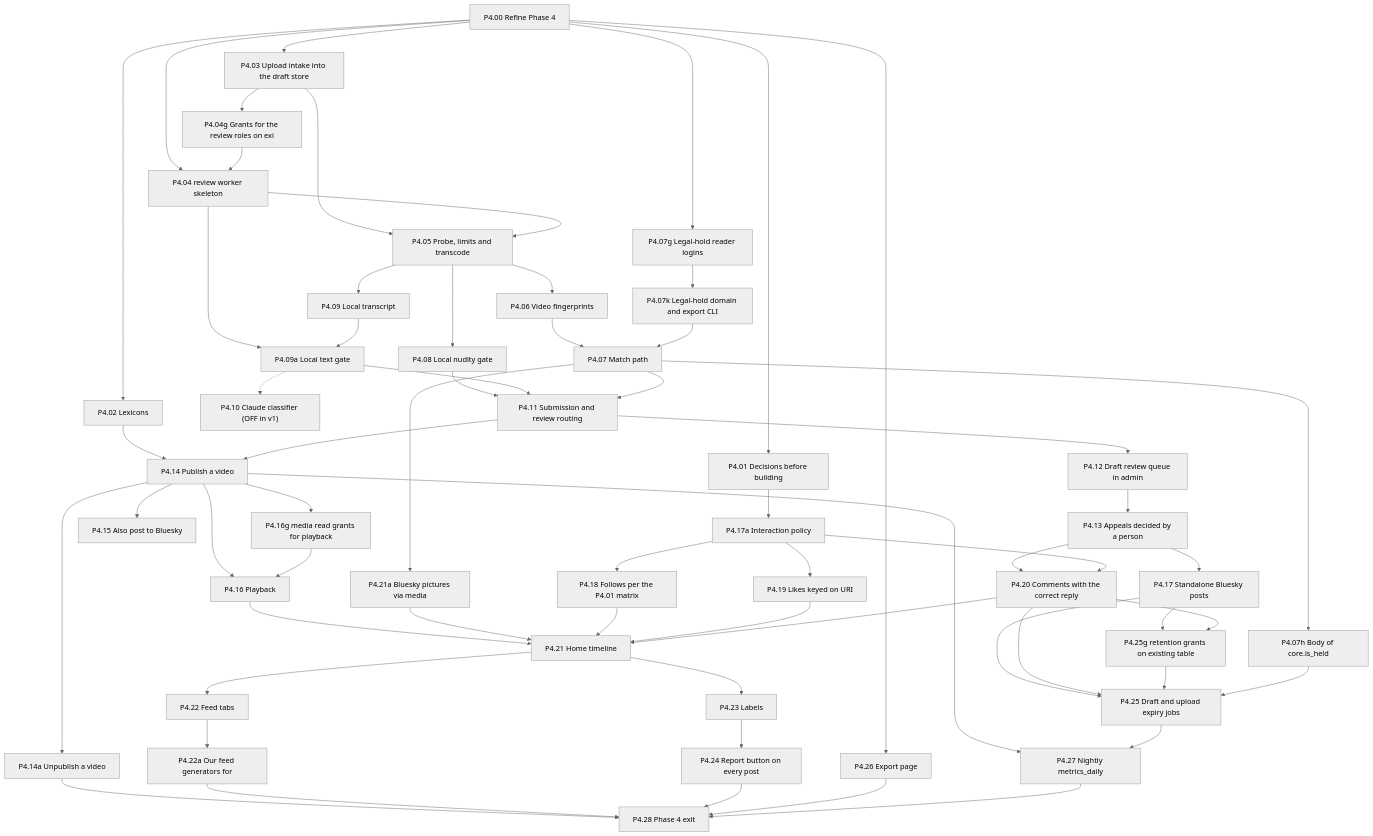
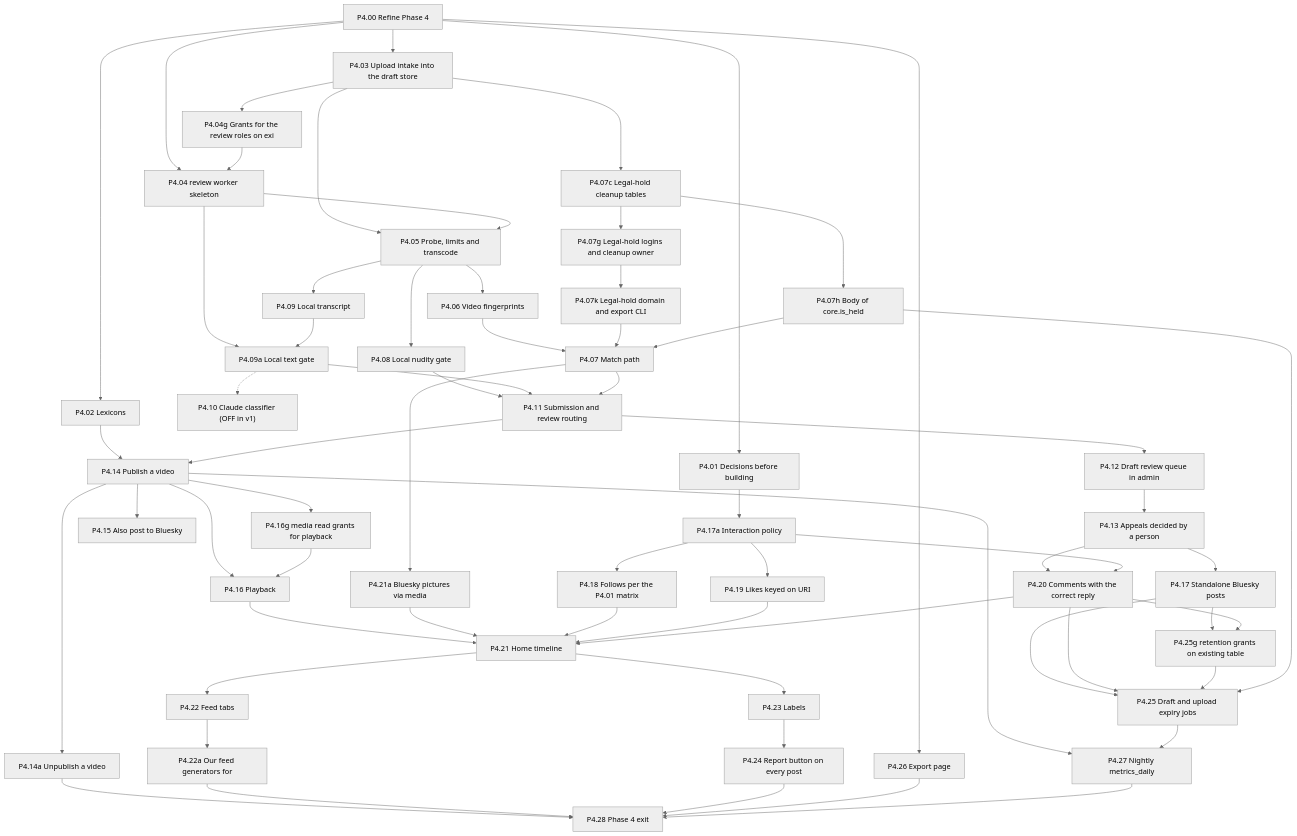
The seventh of 11 diagrams in docs/ai/book/01-outline.md (Undefined6799/unset), drawn with Mermaid (neutral theme) before and after one commit. The commit also changed other lines of this file and 4 other files, not shown here.

Commit message:
P0.09 Book batch 52: legal-hold cleanup split (P4.07c) (#824)

````diff
--- a/docs/ai/book/01-outline.md
+++ b/docs/ai/book/01-outline.md
@@ -1476,7 +1481,8 @@
   P4_06["P4.06 Video fingerprints"]
   P4_07["P4.07 Match path"]
   P4_07h["P4.07h Body of core.is_held"]
-  P4_07g["P4.07g Legal-hold reader logins"]
+  P4_07c["P4.07c Legal-hold cleanup tables"]
+  P4_07g["P4.07g Legal-hold logins and cleanup owner"]
   P4_07k["P4.07k Legal-hold domain and export CLI"]
   P4_08["P4.08 Local nudity gate"]
   P4_09["P4.09 Local transcript"]
@@ -1557,7 +1563,6 @@
   P4_27 --> P4_28
   P4_03 --> P4_04g
   P4_04g --> P4_04
-  P4_00 --> P4_07g
   P4_14 --> P4_16g
   P4_16g --> P4_16
   P4_17 --> P4_25g
@@ -1565,6 +1570,9 @@
   P4_25g --> P4_25
   P4_07g --> P4_07k
   P4_07k --> P4_07
-  P4_07 --> P4_07h
+  P4_03 --> P4_07c
+  P4_07c --> P4_07g
+  P4_07c --> P4_07h
+  P4_07h --> P4_07
   P4_07h --> P4_25
 ```
````
